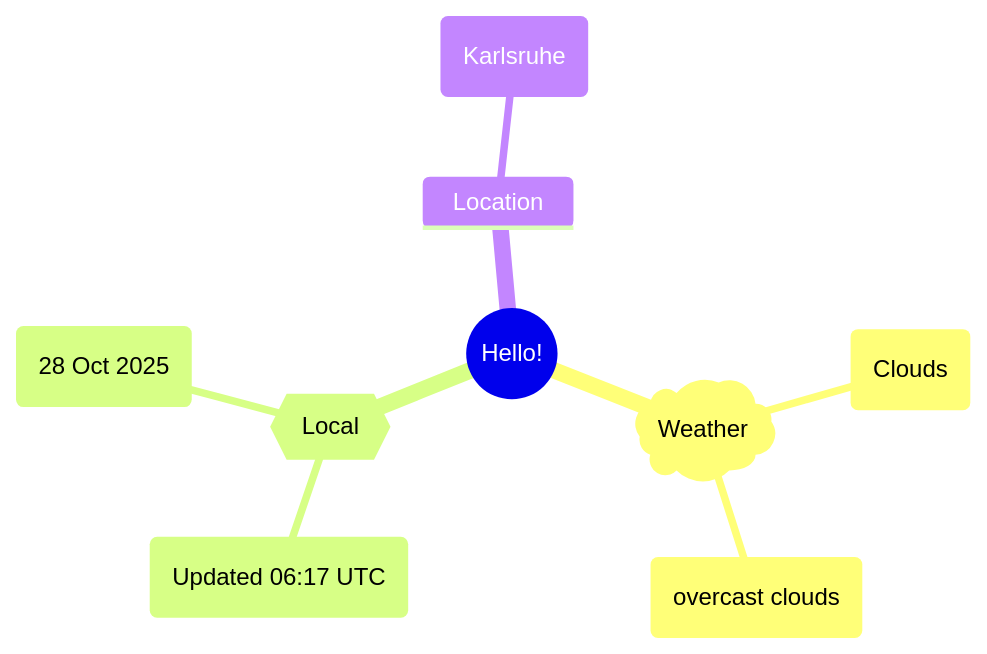
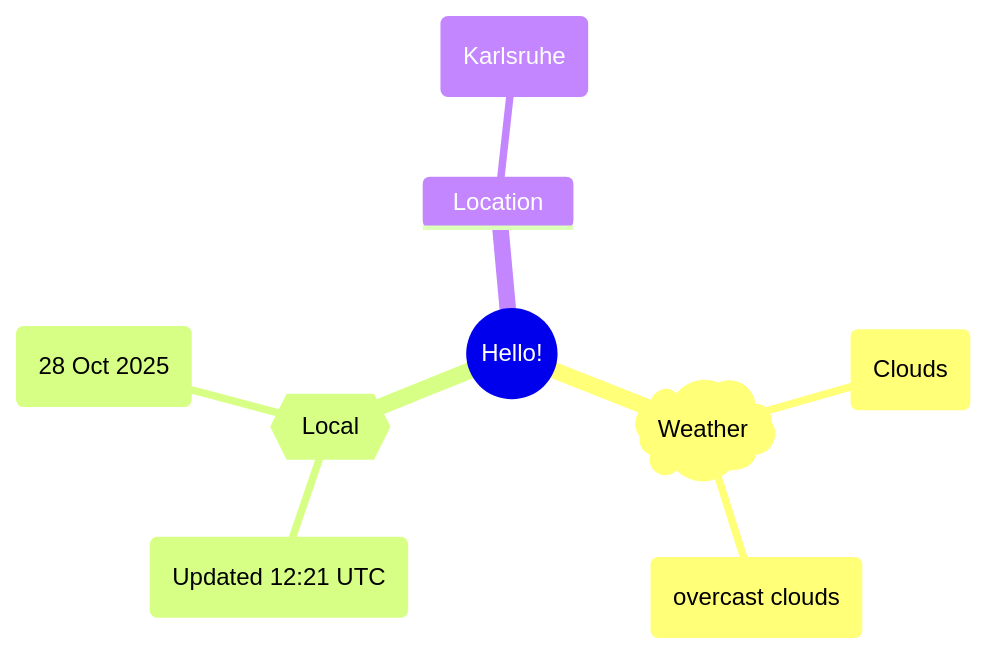
Before and after one commit to Xosrov/Xosrov: the first of 2 diagrams in README.md, drawn with Mermaid.

Commit message:
[bot] updated images

````diff
--- a/README.md
+++ b/README.md
@@ -3,12 +3,12 @@
 ```mermaid
 mindmap
   root((Hello!))
     )Weather(
         (Clouds)
         (overcast clouds)
     {{Local}}
-        (Updated 06:17 UTC)
+        (Updated 12:21 UTC)
         (28 Oct 2025)
     Location
         (Karlsruhe)
 ```
````
